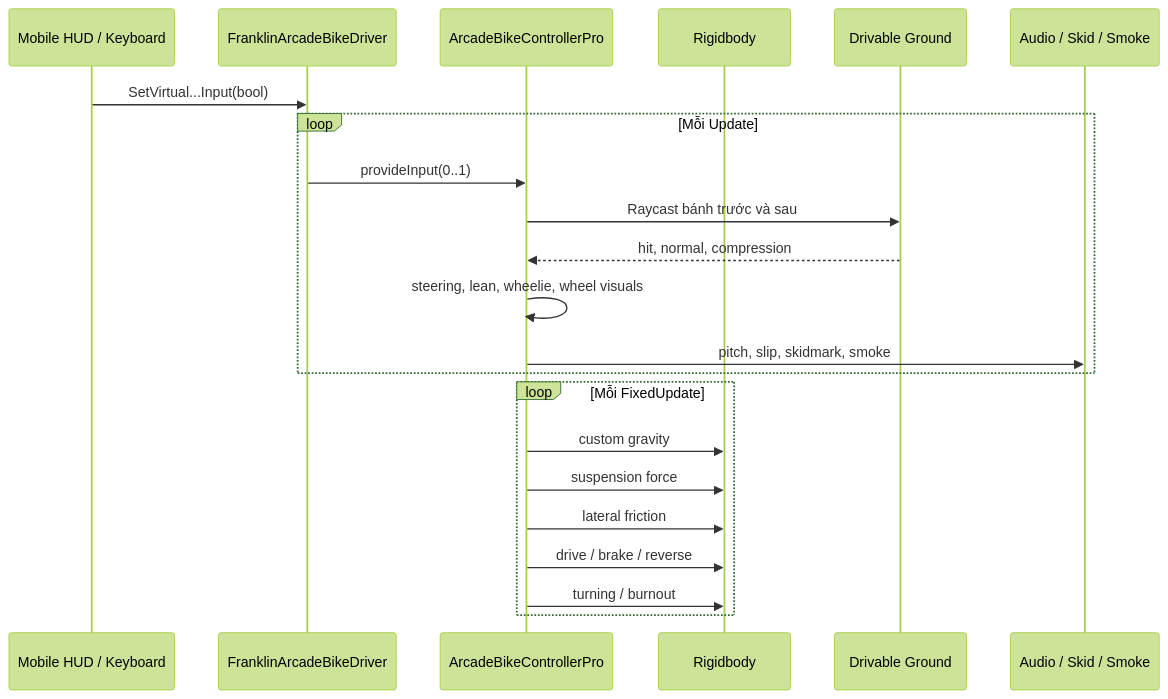
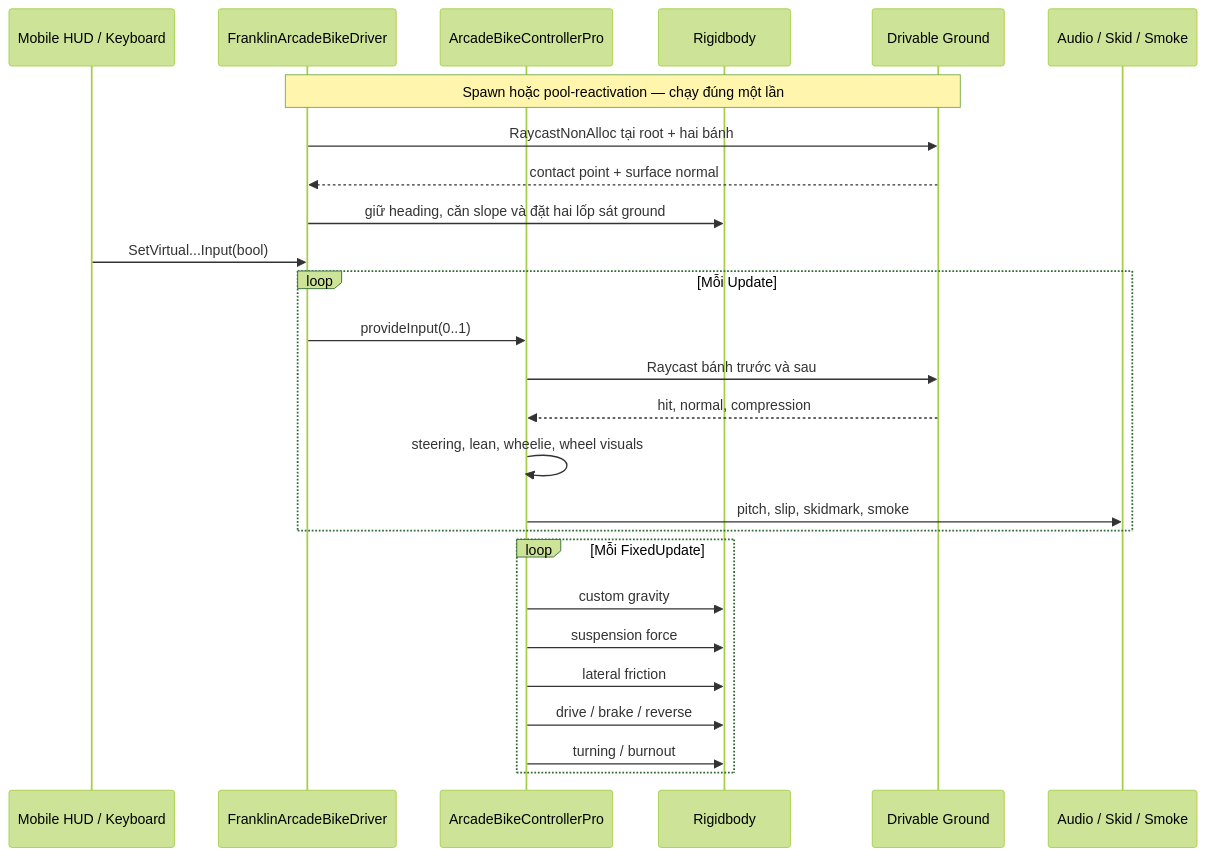
Before and after one commit to diepquocphong/AnonymousCrime: the second of 3 diagrams in Assets/Ash Assets/Arcade Bike Physics Pro/README.md, drawn with Mermaid (forest theme). The commit also changed other lines of this file and 7495 other files, not shown here.

````diff
--- a/Assets/Ash Assets/Arcade Bike Physics Pro/README.md
+++ b/Assets/Ash Assets/Arcade Bike Physics Pro/README.md
@@ -284,25 +284,30 @@
 ```mermaid
 sequenceDiagram
     participant UI as Mobile HUD / Keyboard
     participant Driver as FranklinArcadeBikeDriver
     participant ABP as ArcadeBikeControllerPro
     participant RB as Rigidbody
     participant Ground as Drivable Ground
     participant FX as Audio / Skid / Smoke
+
+    Note over Driver,Ground: Spawn hoặc pool-reactivation — chạy đúng một lần
+    Driver->>Ground: RaycastNonAlloc tại root + hai bánh
+    Ground-->>Driver: contact point + surface normal
+    Driver->>RB: giữ heading, căn slope và đặt hai lốp sát ground
 
     UI->>Driver: SetVirtual...Input(bool)
     loop Mỗi Update
         Driver->>ABP: provideInput(0..1)
         ABP->>Ground: Raycast bánh trước và sau
         Ground-->>ABP: hit, normal, compression
         ABP->>ABP: steering, lean, wheelie, wheel visuals
         ABP->>FX: pitch, slip, skidmark, smoke
     end
     loop Mỗi FixedUpdate
         ABP->>RB: custom gravity
         ABP->>RB: suspension force
         ABP->>RB: lateral friction
         ABP->>RB: drive / brake / reverse
         ABP->>RB: turning / burnout
     end
 ```
````
